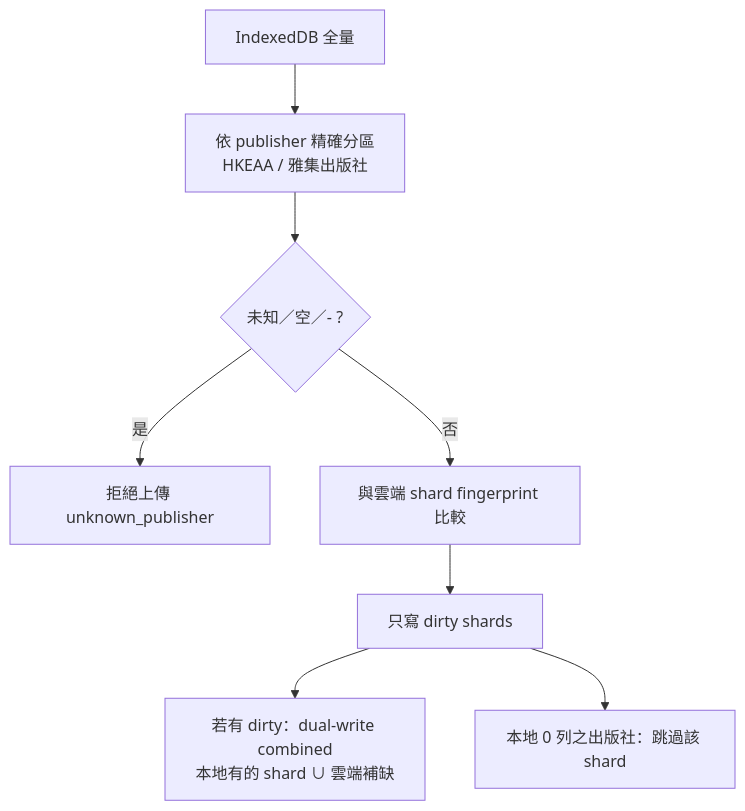
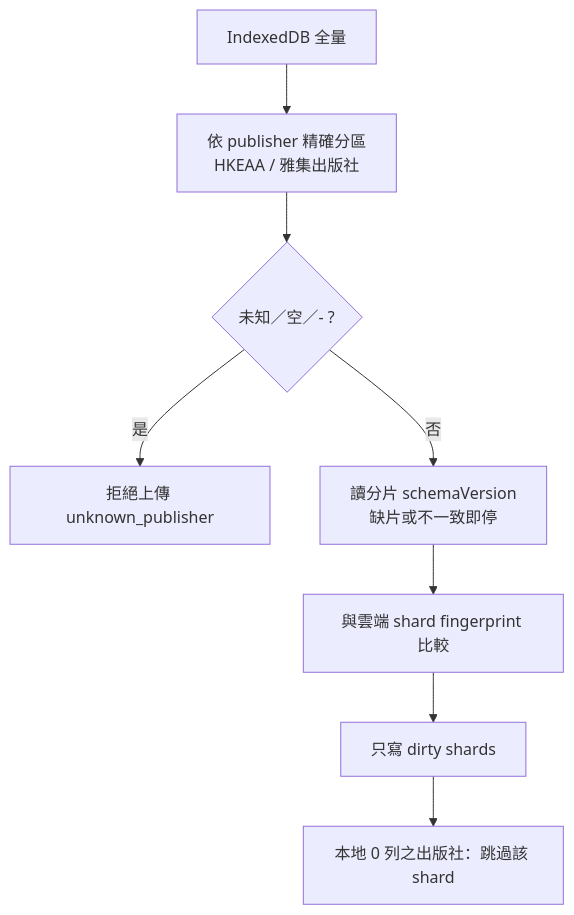
Before and after one commit to mas-repo/econ-database2: the second of 2 diagrams in js/github-sync.kb.md, drawn with Mermaid. The commit also changed other lines of this file and 16 other files, not shown here.

````diff
--- a/js/github-sync.kb.md
+++ b/js/github-sync.kb.md
@@ -28,10 +28,10 @@
 ```mermaid
 flowchart TD
   Local[IndexedDB 全量] --> Part[依 publisher 精確分區<br/>HKEAA / 雅集出版社]
   Part --> Reject{未知／空／- ?}
   Reject -->|是| Abort[拒絕上傳 unknown_publisher]
-  Reject -->|否| FP[與雲端 shard fingerprint 比較]
+  Reject -->|否| Schema[讀分片 schemaVersion<br/>缺片或不一致即停]
+  Schema --> FP[與雲端 shard fingerprint 比較]
   FP --> Dirty[只寫 dirty shards]
-  Dirty --> Dual[若有 dirty：dual-write combined<br/>本地有的 shard ∪ 雲端補缺]
   Dirty --> Skip0[本地 0 列之出版社：跳過該 shard]
 ```
````
